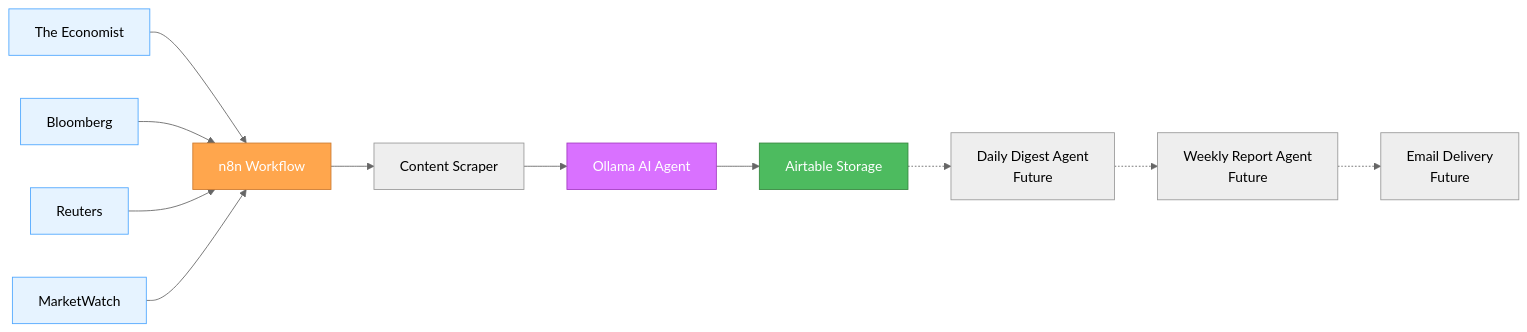
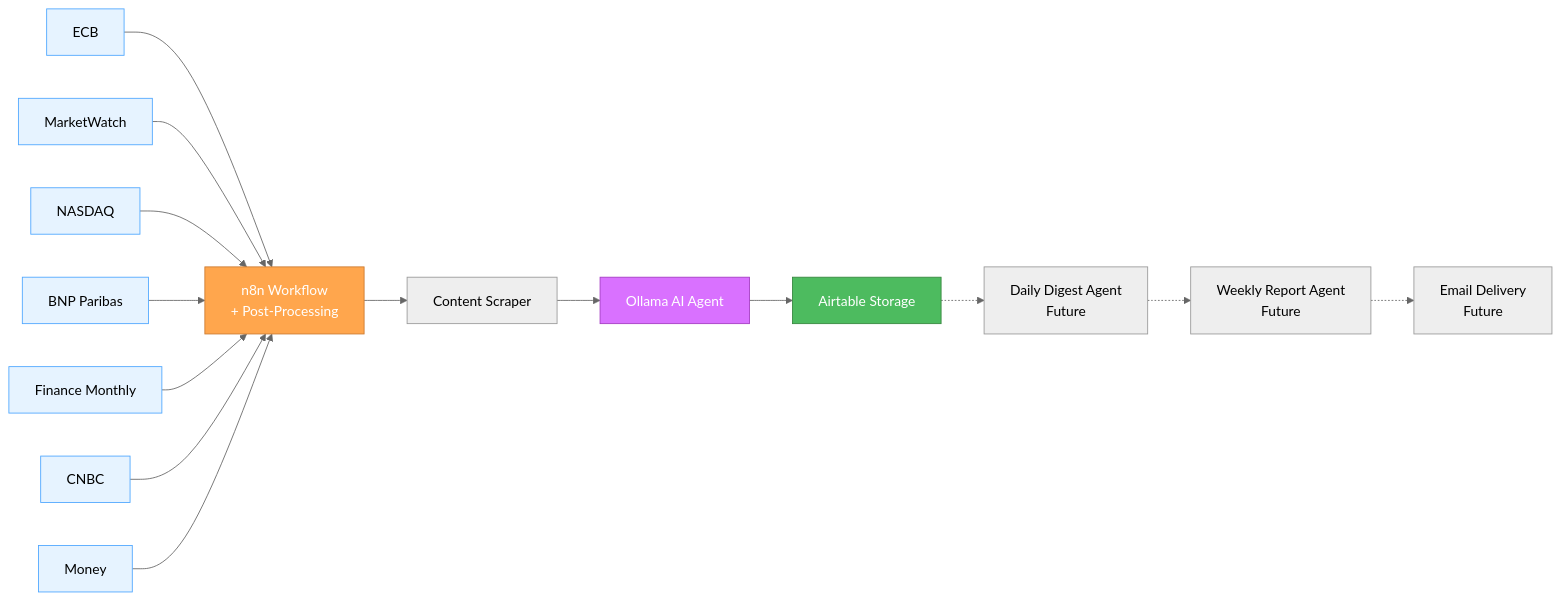
One commit to Capp3/n8n-fineopinion changed the fourth of 4 diagrams in fineopinions_diagram.md. Above: the diagram before and after it, drawn with Mermaid (neutral theme). The commit also changed other lines of this file and 24 other files, not shown here.

````diff
--- a/fineopinions_diagram.md
+++ b/fineopinions_diagram.md
@@ -181,26 +348,32 @@
 ```mermaid
 graph LR
-    %% Data Sources
-    RSS1[The Economist] --> N8N
-    RSS2[Bloomberg] --> N8N
-    RSS3[Reuters] --> N8N
-    RSS4[MarketWatch] --> N8N
+    %% Data Sources (Updated)
+    RSS1[ECB] --> N8N
+    RSS2[MarketWatch] --> N8N
+    RSS3[NASDAQ] --> N8N
+    RSS4[BNP Paribas] --> N8N
+    RSS5[Finance Monthly] --> N8N
+    RSS6[CNBC] --> N8N
+    RSS7[Money] --> N8N
 
     %% Processing
-    N8N[n8n Workflow] --> SCRAPE[Content Scraper]
+    N8N[n8n Workflow<br/>+ Post-Processing] --> SCRAPE[Content Scraper]
     SCRAPE --> OLLAMA[Ollama AI Agent]
     OLLAMA --> AIRTABLE[Airtable Storage]
 
     %% Future Components
     AIRTABLE -.-> DAILY[Daily Digest Agent<br/>Future]
     DAILY -.-> WEEKLY[Weekly Report Agent<br/>Future]
     WEEKLY -.-> EMAIL[Email Delivery<br/>Future]
 
     style RSS1 fill:#e6f3ff,stroke:#4da6ff,color:black
     style RSS2 fill:#e6f3ff,stroke:#4da6ff,color:black
     style RSS3 fill:#e6f3ff,stroke:#4da6ff,color:black
     style RSS4 fill:#e6f3ff,stroke:#4da6ff,color:black
+    style RSS5 fill:#e6f3ff,stroke:#4da6ff,color:black
+    style RSS6 fill:#e6f3ff,stroke:#4da6ff,color:black
+    style RSS7 fill:#e6f3ff,stroke:#4da6ff,color:black
     style N8N fill:#ffa64d,stroke:#cc7a30,color:white
     style OLLAMA fill:#d971ff,stroke:#a33bc2,color:white
     style AIRTABLE fill:#4dbb5f,stroke:#36873f,color:white
 ```
````
